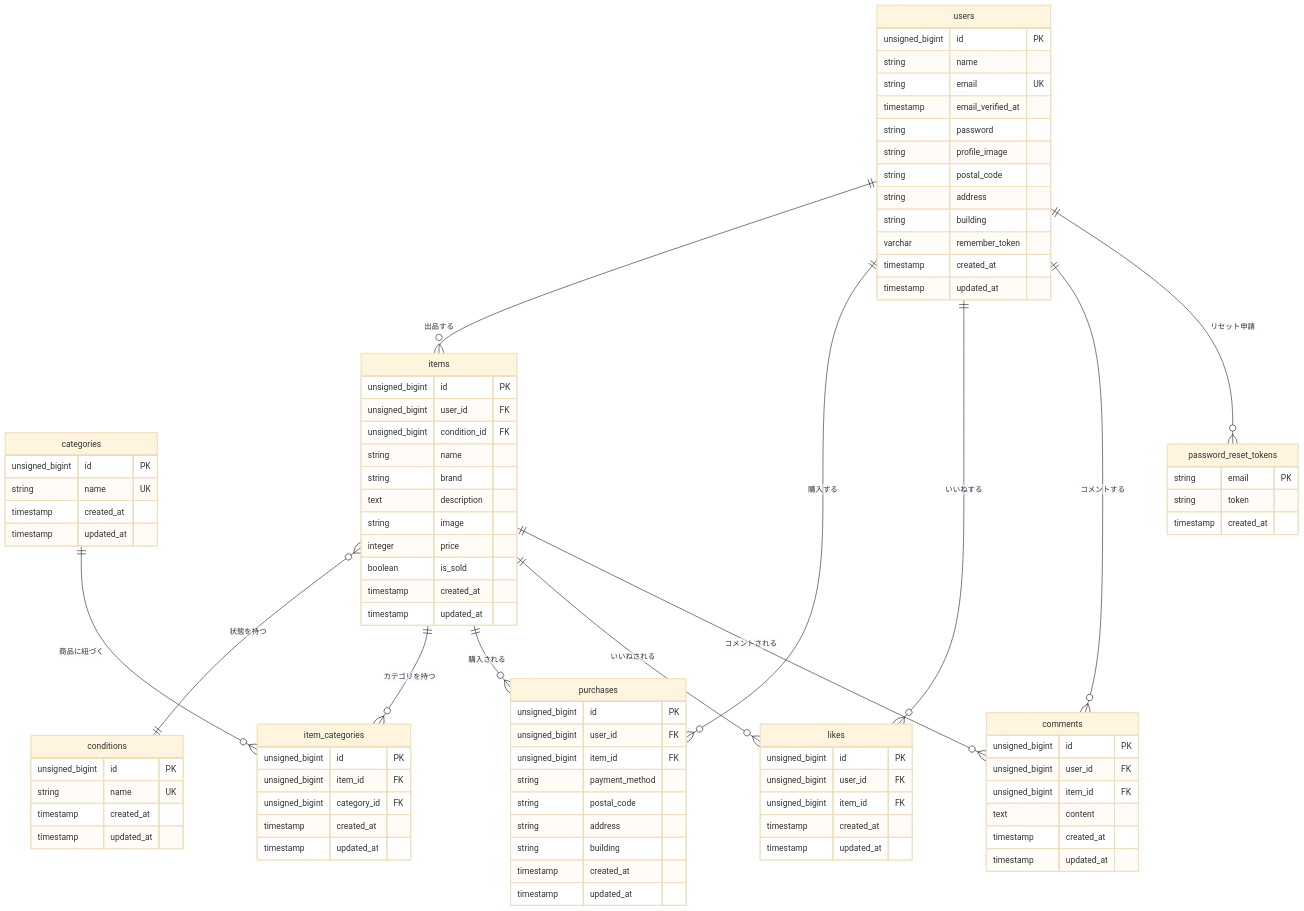
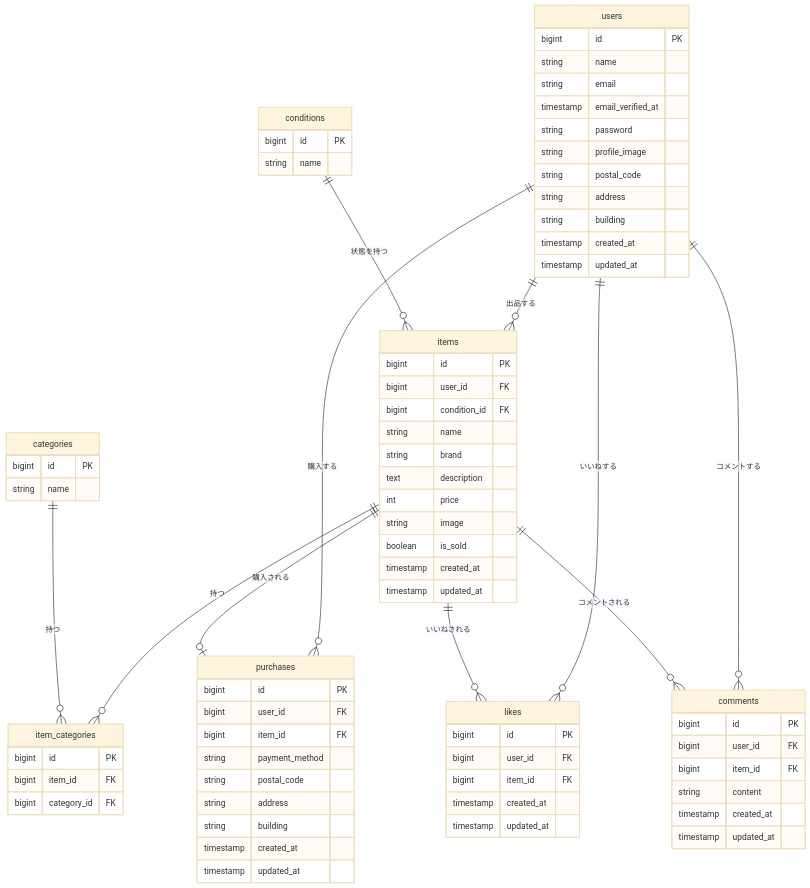
The diagram in README.md (yuto9990720/coachtech-free-market-app), drawn with Mermaid (base theme) before and after one commit.

Commit message:
fix: ER図をMermaid形式に修正

````diff
--- a/README.md
+++ b/README.md
@@ -118,60 +118,48 @@
 ```mermaid
 erDiagram
     users {
-        unsigned_bigint id PK
+        bigint id PK
         string name
-        string email UK
+        string email
         timestamp email_verified_at
         string password
         string profile_image
         string postal_code
         string address
         string building
-        varchar remember_token
         timestamp created_at
         timestamp updated_at
     }
-
+    conditions {
+        bigint id PK
+        string name
+    }
     categories {
-        unsigned_bigint id PK
-        string name UK
-        timestamp created_at
-        timestamp updated_at
+        bigint id PK
+        string name
     }
-
-    conditions {
-        unsigned_bigint id PK
-        string name UK
-        timestamp created_at
-        timestamp updated_at
-    }
-
     items {
-        unsigned_bigint id PK
-        unsigned_bigint user_id FK
-        unsigned_bigint condition_id FK
+        bigint id PK
+        bigint user_id FK
+        bigint condition_id FK
         string name
         string brand
         text description
+        int price
         string image
-        integer price
         boolean is_sold
         timestamp created_at
         timestamp updated_at
     }
-
     item_categories {
-        unsigned_bigint id PK
-        unsigned_bigint item_id FK
-        unsigned_bigint category_id FK
-        timestamp created_at
-        timestamp updated_at
+        bigint id PK
+        bigint item_id FK
+        bigint category_id FK
     }
-
     purchases {
-        unsigned_bigint id PK
-        unsigned_bigint user_id FK
-        unsigned_bigint item_id FK
+        bigint id PK
+        bigint user_id FK
+        bigint item_id FK
         string payment_method
         string postal_code
         string address
@@ -179,39 +167,30 @@
         timestamp created_at
         timestamp updated_at
     }
-
     likes {
-        unsigned_bigint id PK
-        unsigned_bigint user_id FK
-        unsigned_bigint item_id FK
+        bigint id PK
+        bigint user_id FK
+        bigint item_id FK
         timestamp created_at
         timestamp updated_at
     }
-
     comments {
-        unsigned_bigint id PK
-        unsigned_bigint user_id FK
-        unsigned_bigint item_id FK
-        text content
+        bigint id PK
+        bigint user_id FK
+        bigint item_id FK
+        string content
         timestamp created_at
         timestamp updated_at
-    }
-
-    password_reset_tokens {
-        string email PK
-        string token
-        timestamp created_at
     }
 
     users ||--o{ items : "出品する"
     users ||--o{ purchases : "購入する"
     users ||--o{ likes : "いいねする"
     users ||--o{ comments : "コメントする"
-    items }o--|| conditions : "状態を持つ"
-    items ||--o{ item_categories : "カテゴリを持つ"
-    categories ||--o{ item_categories : "商品に紐づく"
-    items ||--o{ purchases : "購入される"
+    items ||--o{ item_categories : "持つ"
+    categories ||--o{ item_categories : "持つ"
+    items ||--o| purchases : "購入される"
     items ||--o{ likes : "いいねされる"
     items ||--o{ comments : "コメントされる"
-    users ||--o{ password_reset_tokens : "リセット申請"
+    conditions ||--o{ items : "状態を持つ"
 ```
````
